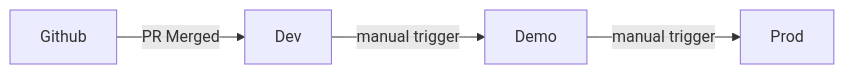
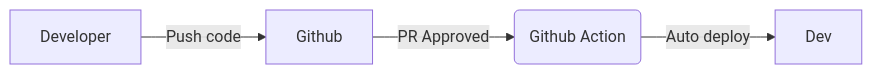
One commit to deddyprianto/qr-ordering changed the third of 6 diagrams in infra/README.md. Above: the diagram before and after it, drawn with Mermaid. The commit also changed other lines of this file and 5 other files, not shown here.

````diff
--- a/infra/README.md
+++ b/infra/README.md
@@ -49,5 +39,5 @@
 ```mermaid
 graph LR
- Github --> |PR Merged|Dev --> |manual trigger|Demo
- Demo --> |manual trigger|Prod
+ Developer --> | Push code | Github --> |  PR Approved |GA(Github Action) --> | Auto deploy |Dev
+ Dev
 ```
````
